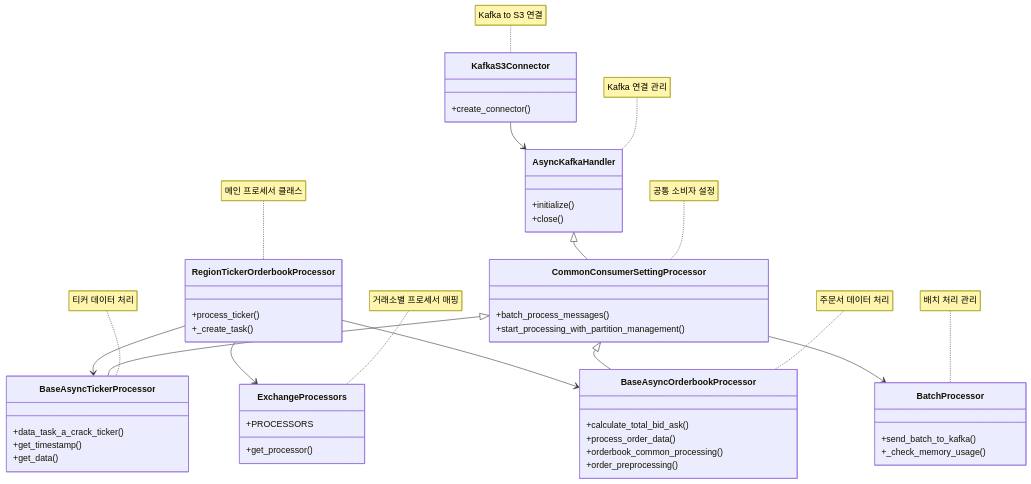
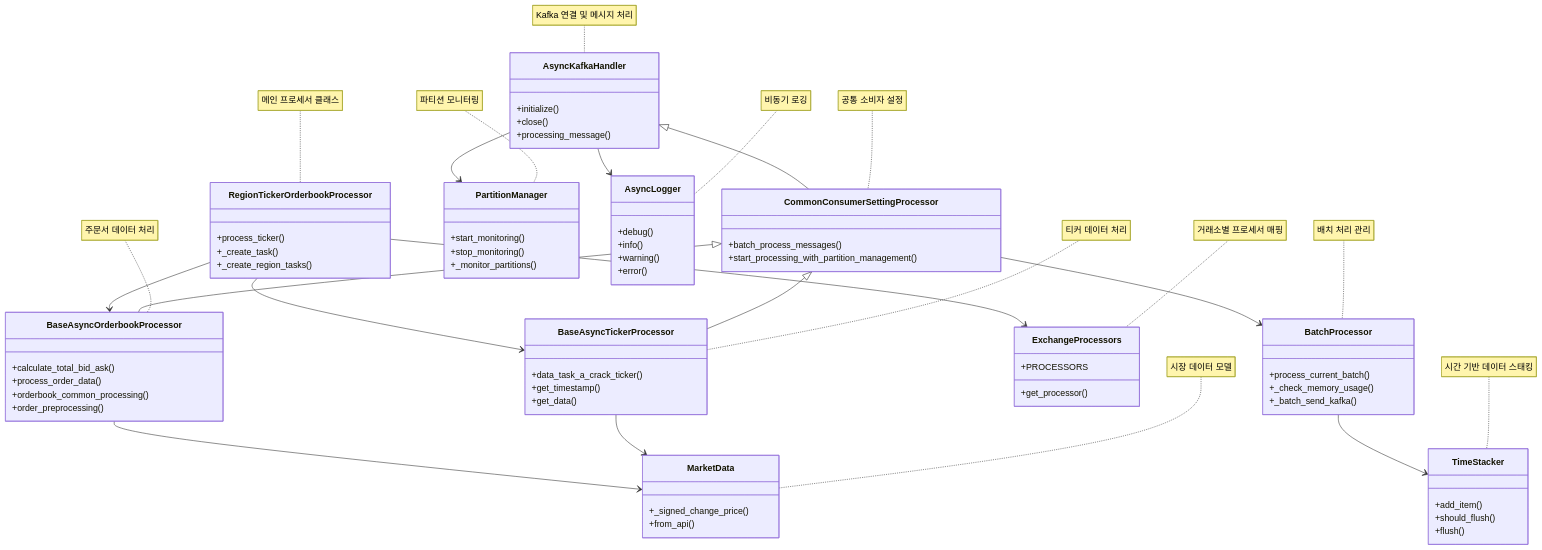
The diagram in README.md (MajorShareholderClub/MarketFirstPreprocessHub), drawn with Mermaid before and after one commit.

````diff
--- a/README.md
+++ b/README.md
@@ -13,11 +13,13 @@
     class RegionTickerOrderbookProcessor {
         +process_ticker()
         +_create_task()
+        +_create_region_tasks()
     }
     
     class AsyncKafkaHandler {
         +initialize()
         +close()
+        +processing_message()
     }
     
     class CommonConsumerSettingProcessor {
@@ -43,15 +45,36 @@
         +get_processor()
     }
     
-    class KafkaS3Connector {
-        +create_connector()
+    class BatchProcessor {
+        +process_current_batch()
+        +_check_memory_usage()
+        +_batch_send_kafka()
     }
 
-    class BatchProcessor {
-        +send_batch_to_kafka()
-        +_check_memory_usage()
+    class TimeStacker {
+        +add_item()
+        +should_flush()
+        +flush()
     }
-    
+
+    class PartitionManager {
+        +start_monitoring()
+        +stop_monitoring()
+        +_monitor_partitions()
+    }
+
+    class AsyncLogger {
+        +debug()
+        +info()
+        +warning()
+        +error()
+    }
+
+    class MarketData {
+        +_signed_change_price()
+        +from_api()
+    }
+
     AsyncKafkaHandler <|-- CommonConsumerSettingProcessor
     CommonConsumerSettingProcessor <|-- BaseAsyncTickerProcessor
     CommonConsumerSettingProcessor <|-- BaseAsyncOrderbookProcessor
@@ -61,14 +84,22 @@
     RegionTickerOrderbookProcessor --> BaseAsyncOrderbookProcessor
     
     CommonConsumerSettingProcessor --> BatchProcessor
-    KafkaS3Connector --> AsyncKafkaHandler
+    BatchProcessor --> TimeStacker
+    AsyncKafkaHandler --> PartitionManager
+    AsyncKafkaHandler --> AsyncLogger
+
+    BaseAsyncTickerProcessor --> MarketData
+    BaseAsyncOrderbookProcessor --> MarketData
     
     note for RegionTickerOrderbookProcessor "메인 프로세서 클래스"
-    note for AsyncKafkaHandler "Kafka 연결 관리"
+    note for AsyncKafkaHandler "Kafka 연결 및 메시지 처리"
     note for CommonConsumerSettingProcessor "공통 소비자 설정"
     note for BaseAsyncTickerProcessor "티커 데이터 처리"
     note for BaseAsyncOrderbookProcessor "주문서 데이터 처리"
     note for ExchangeProcessors "거래소별 프로세서 매핑"
-    note for KafkaS3Connector "Kafka to S3 연결"
     note for BatchProcessor "배치 처리 관리"
+    note for TimeStacker "시간 기반 데이터 스태킹"
+    note for PartitionManager "파티션 모니터링"
+    note for AsyncLogger "비동기 로깅"
+    note for MarketData "시장 데이터 모델"
 ```
````
